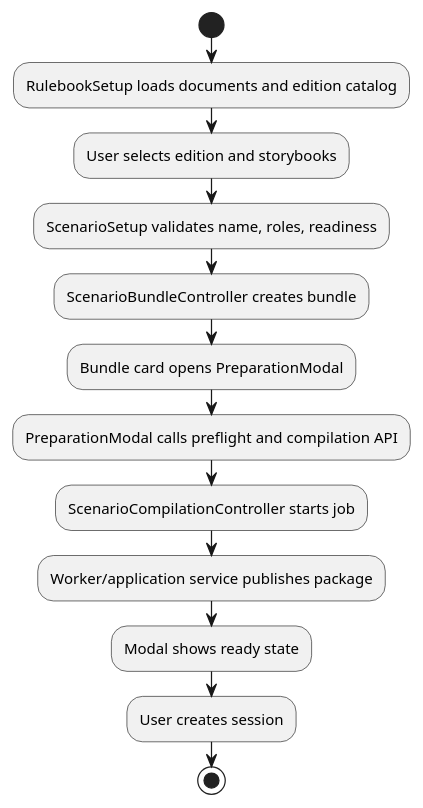
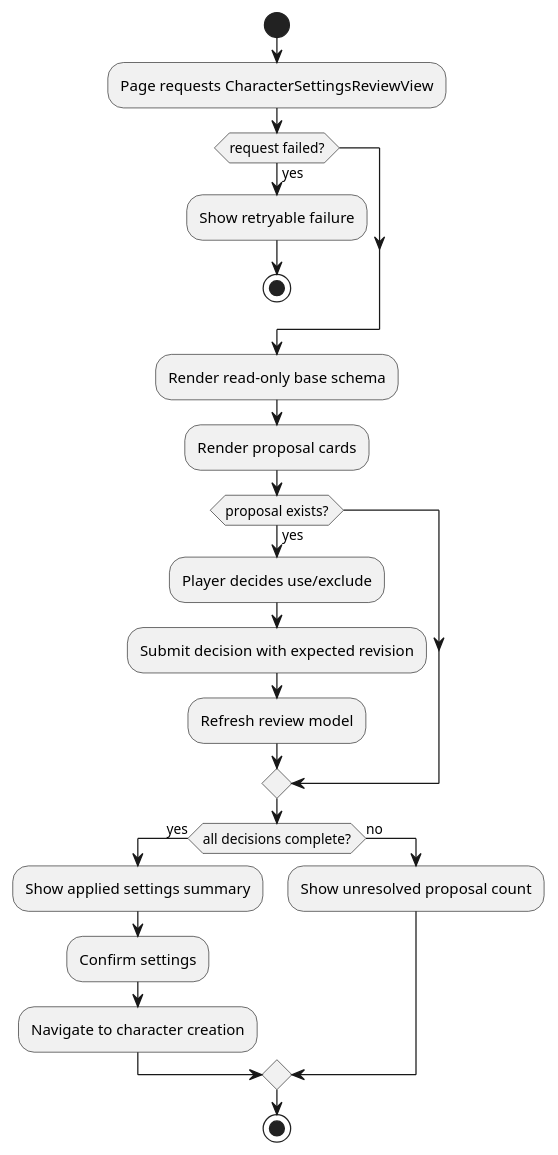
Before and after one commit to omegafrog/dnd-master: the fourth of 4 diagrams in docs/specs/architecture-spec.md, drawn with PlantUML. The commit also changed other lines of this file and 7 other files, not shown here.

Commit message:
docs: add rulebook character catalog plan

````diff
--- a/docs/specs/architecture-spec.md
+++ b/docs/specs/architecture-spec.md
@@ -224,16 +229,25 @@
 ```plantuml
 @startuml
 start
-:RulebookSetup loads documents and edition catalog;
-:User selects edition and storybooks;
-:ScenarioSetup validates name, roles, readiness;
-:ScenarioBundleController creates bundle;
-:Bundle card opens PreparationModal;
-:PreparationModal calls preflight and compilation API;
-:ScenarioCompilationController starts job;
-:Worker/application service publishes package;
-:Modal shows ready state;
-:User creates session;
+:Page requests CharacterSettingsReviewView;
+if (request failed?) then (yes)
+  :Show retryable failure;
+  stop
+endif
+:Render read-only base schema;
+:Render proposal cards;
+if (proposal exists?) then (yes)
+  :Player decides use/exclude;
+  :Submit decision with expected revision;
+  :Refresh review model;
+endif
+if (all decisions complete?) then (yes)
+  :Show applied settings summary;
+  :Confirm settings;
+  :Navigate to character creation;
+else (no)
+  :Show unresolved proposal count;
+endif
 stop
 @enduml
 ```
````
